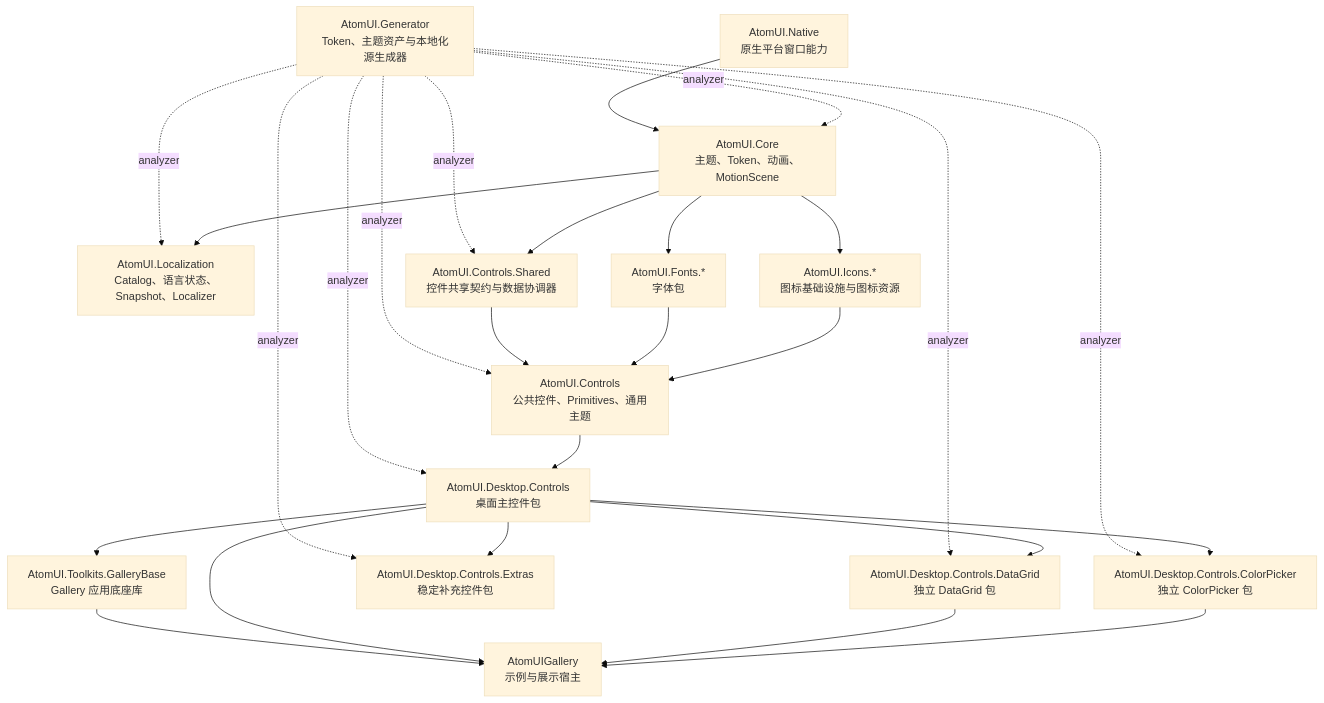
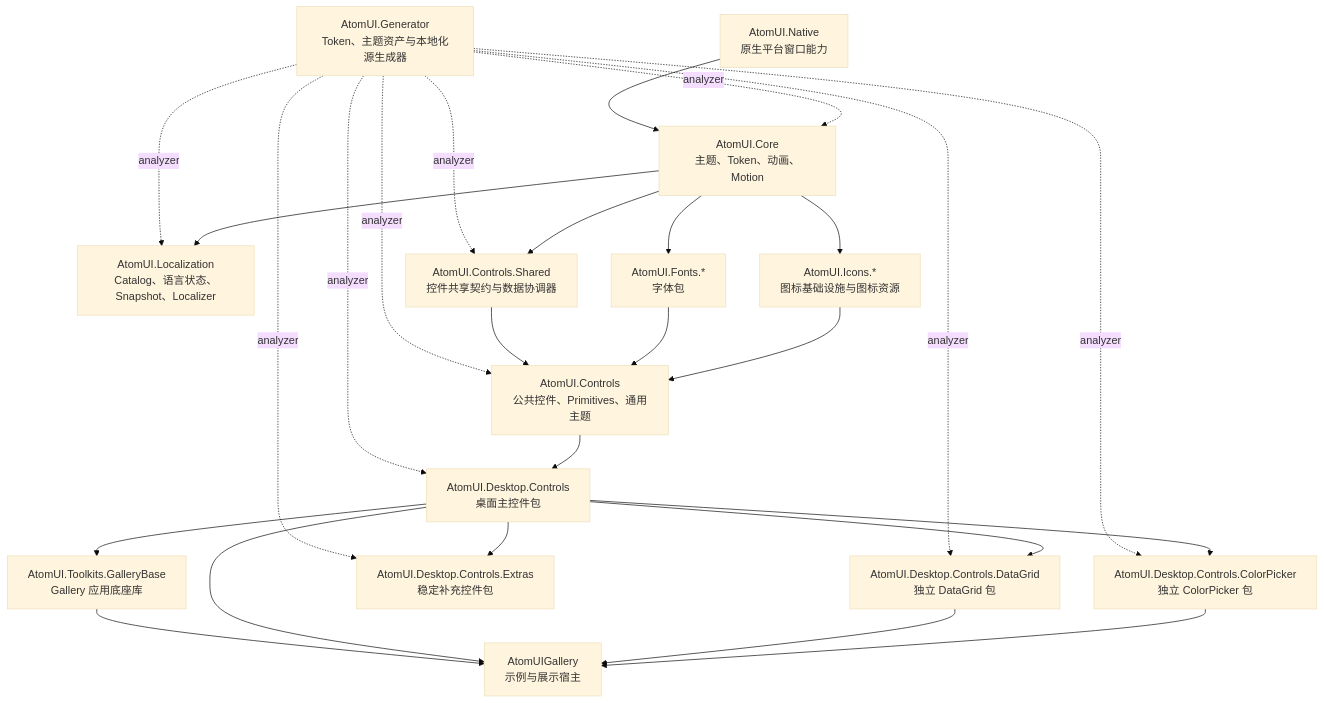
One commit to AtomUI/AtomUI changed the first of 3 diagrams in docs/architecture/overview.md. Above: the diagram before and after it, drawn with Mermaid (base theme). The commit also changed other lines of this file and 281 other files, not shown here.

````diff
--- a/docs/architecture/overview.md
+++ b/docs/architecture/overview.md
@@ -21,43 +22,43 @@
 ```mermaid
 flowchart TD
     Native["AtomUI.Native\n原生平台窗口能力"]
     Localization["AtomUI.Localization\nCatalog、语言状态、Snapshot、Localizer"]
-    Core["AtomUI.Core\n主题、Token、动画、MotionScene"]
+    Core["AtomUI.Core\n主题、Token、动画、Motion"]
     Shared["AtomUI.Controls.Shared\n控件共享契约与数据协调器"]
     Fonts["AtomUI.Fonts.*\n字体包"]
     Icons["AtomUI.Icons.*\n图标基础设施与图标资源"]
     Controls["AtomUI.Controls\n公共控件、Primitives、通用主题"]
     Desktop["AtomUI.Desktop.Controls\n桌面主控件包"]
     DataGrid["AtomUI.Desktop.Controls.DataGrid\n独立 DataGrid 包"]
     ColorPicker["AtomUI.Desktop.Controls.ColorPicker\n独立 ColorPicker 包"]
     Extras["AtomUI.Desktop.Controls.Extras\n稳定补充控件包"]
     Generator["AtomUI.Generator\nToken、主题资产与本地化源生成器"]
     GalleryBase["AtomUI.Toolkits.GalleryBase\nGallery 应用底座库"]
     Gallery["AtomUIGallery\n示例与展示宿主"]
 
     Native --> Core
     Generator -. analyzer .-> Localization
     Generator -. analyzer .-> Core
     Generator -. analyzer .-> Shared
     Generator -. analyzer .-> Controls
     Generator -. analyzer .-> Desktop
     Generator -. analyzer .-> DataGrid
     Generator -. analyzer .-> ColorPicker
     Generator -. analyzer .-> Extras
     Core --> Localization
     Core --> Shared
     Core --> Icons
     Core --> Fonts
     Shared --> Controls
     Fonts --> Controls
     Icons --> Controls
     Controls --> Desktop
     Desktop --> GalleryBase
     Desktop --> DataGrid
     Desktop --> ColorPicker
     Desktop --> Extras
     GalleryBase --> Gallery
     Desktop --> Gallery
     DataGrid --> Gallery
     ColorPicker --> Gallery
 ```
````
